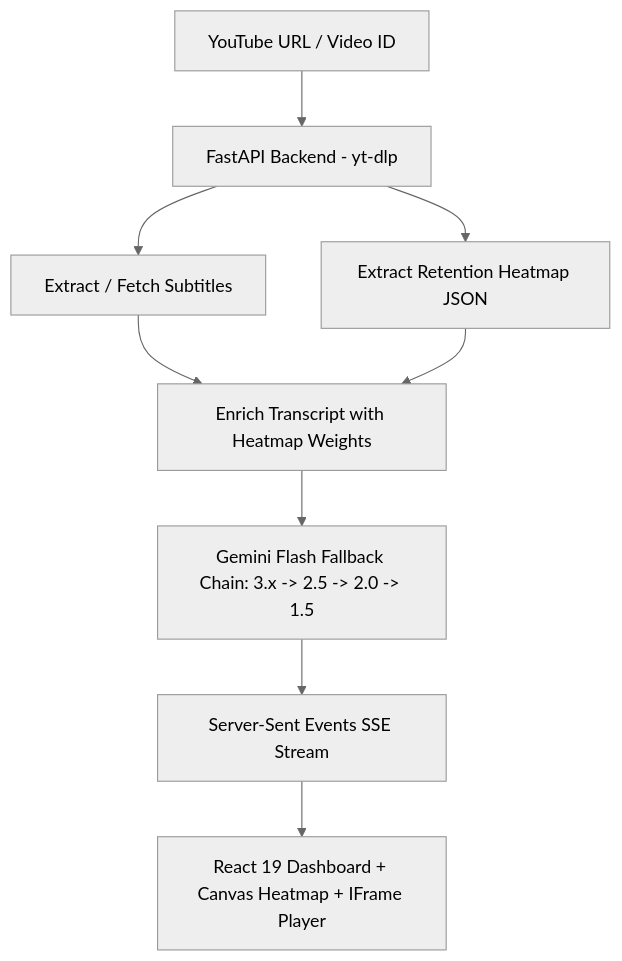
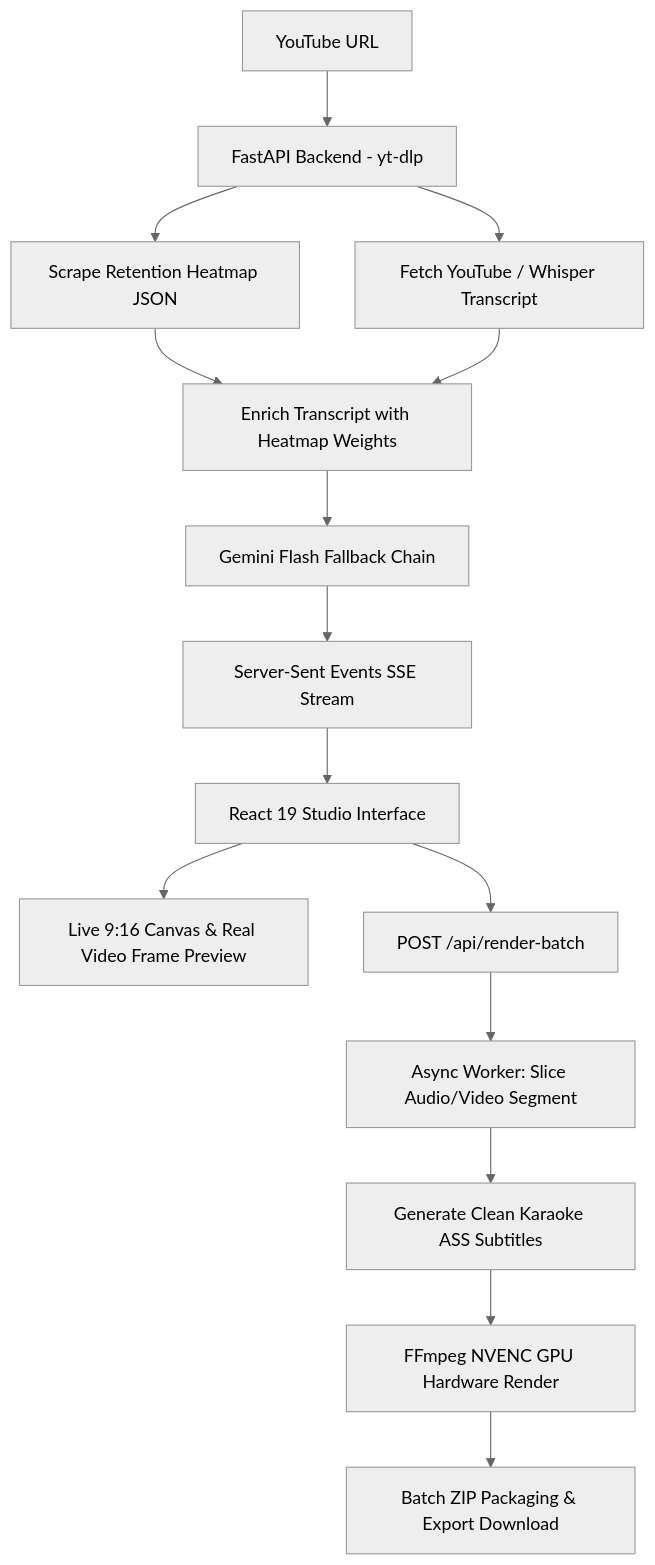
One commit to galihjuansaputra/cheat-clip-pro changed the diagram in README.md. Above: the diagram before and after it, drawn with Mermaid (neutral theme). The commit also changed other lines of this file, not shown here.

Commit message:
feat: rewrite README to document comprehensive transition from timestamp analyzer to full video production suite

````diff
--- a/README.md
+++ b/README.md
@@ -183,11 +197,17 @@
 ```mermaid
 graph TD
-    A[YouTube URL / Video ID] --> B[FastAPI Backend - yt-dlp]
-    B --> C[Extract Retention Heatmap JSON]
-    B --> D[Extract / Fetch Subtitles]
-    D --> E[Enrich Transcript with Heatmap Weights]
-    C --> E
-    E --> F[Gemini Flash Fallback Chain: 3.x -> 2.5 -> 2.0 -> 1.5]
+    A[YouTube URL] --> B[FastAPI Backend - yt-dlp]
+    B --> C[Scrape Retention Heatmap JSON]
+    B --> D[Fetch YouTube / Whisper Transcript]
+    C --> E[Enrich Transcript with Heatmap Weights]
+    D --> E
+    E --> F[Gemini Flash Fallback Chain]
     F --> G[Server-Sent Events SSE Stream]
-    G --> H[React 19 Dashboard + Canvas Heatmap + IFrame Player]
+    G --> H[React 19 Studio Interface]
+    H --> I[Live 9:16 Canvas & Real Video Frame Preview]
+    H --> J[POST /api/render-batch]
+    J --> K[Async Worker: Slice Audio/Video Segment]
+    K --> L[Generate Clean Karaoke ASS Subtitles]
+    L --> M[FFmpeg NVENC GPU Hardware Render]
+    M --> N[Batch ZIP Packaging & Export Download]
 ```
````
